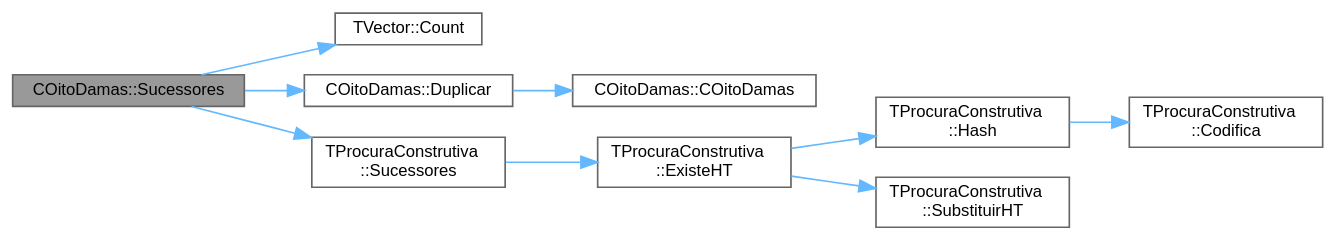
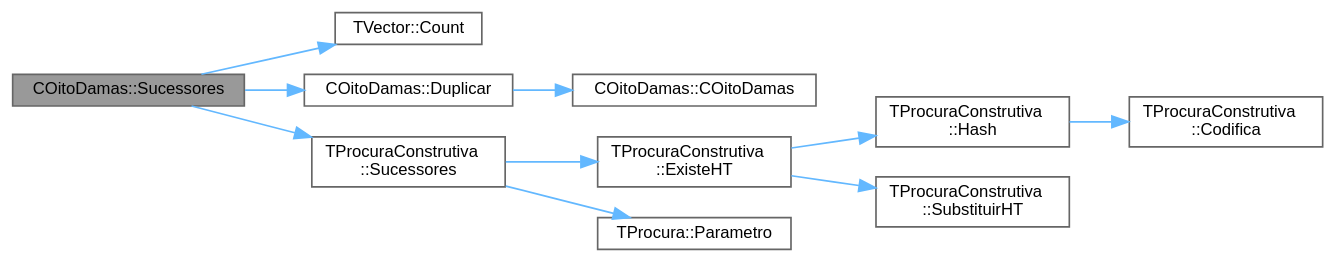
One commit to jcoelho72/TProcura changed the diagram in classCOitoDamas_ab384df7572c5a6e34ffe28b346aaf517_cgraph.dot. Above: the diagram before and after it, drawn with Graphviz. The commit also changed 84 other files, not shown here.

```diff
--- a/classCOitoDamas_ab384df7572c5a6e34ffe28b346aaf517_cgraph.dot
+++ b/classCOitoDamas_ab384df7572c5a6e34ffe28b346aaf517_cgraph.dot
@@ -1,25 +1,27 @@
 digraph "COitoDamas::Sucessores"
 {
  // LATEX_PDF_SIZE
   bgcolor="transparent";
   edge [fontname=Helvetica,fontsize=10,labelfontname=Helvetica,labelfontsize=10];
   node [fontname=Helvetica,fontsize=10,shape=box,height=0.2,width=0.4];
   rankdir="LR";
   Node1 [id="Node000001",label="COitoDamas::Sucessores",height=0.2,width=0.4,color="gray40", fillcolor="grey60", style="filled", fontcolor="black",tooltip="Coloca em sucessores a lista de estados sucessores."];
-  Node1 -> Node2 [id="edge9_Node000001_Node000002",color="steelblue1",style="solid",tooltip=" "];
+  Node1 -> Node2 [id="edge10_Node000001_Node000002",color="steelblue1",style="solid",tooltip=" "];
   Node2 [id="Node000002",label="TVector::Count",height=0.2,width=0.4,color="grey40", fillcolor="white", style="filled",URL="$classTVector.html#ac3c744d84543ca6e32859eb7dfccfeef",tooltip=" "];
-  Node1 -> Node3 [id="edge10_Node000001_Node000003",color="steelblue1",style="solid",tooltip=" "];
+  Node1 -> Node3 [id="edge11_Node000001_Node000003",color="steelblue1",style="solid",tooltip=" "];
   Node3 [id="Node000003",label="COitoDamas::Duplicar",height=0.2,width=0.4,color="grey40", fillcolor="white", style="filled",URL="$classCOitoDamas.html#ad9ce9bd26af98392515937e9aff10e5a",tooltip="Cria um objecto que é uma cópia deste."];
-  Node3 -> Node4 [id="edge11_Node000003_Node000004",color="steelblue1",style="solid",tooltip=" "];
+  Node3 -> Node4 [id="edge12_Node000003_Node000004",color="steelblue1",style="solid",tooltip=" "];
   Node4 [id="Node000004",label="COitoDamas::COitoDamas",height=0.2,width=0.4,color="grey40", fillcolor="white", style="filled",URL="$classCOitoDamas.html#aedfd3924d0c950ba73a6342dda5cc467",tooltip=" "];
-  Node1 -> Node5 [id="edge12_Node000001_Node000005",color="steelblue1",style="solid",tooltip=" "];
+  Node1 -> Node5 [id="edge13_Node000001_Node000005",color="steelblue1",style="solid",tooltip=" "];
   Node5 [id="Node000005",label="TProcuraConstrutiva\l::Sucessores",height=0.2,width=0.4,color="grey40", fillcolor="white", style="filled",URL="$group__RedefinicaoMandatoria.html#ga0a13570d2f5a21296e3c10c2780e170c",tooltip="Coloca em sucessores a lista de estados sucessores."];
-  Node5 -> Node6 [id="edge13_Node000005_Node000006",color="steelblue1",style="solid",tooltip=" "];
+  Node5 -> Node6 [id="edge14_Node000005_Node000006",color="steelblue1",style="solid",tooltip=" "];
   Node6 [id="Node000006",label="TProcuraConstrutiva\l::ExisteHT",height=0.2,width=0.4,color="grey40", fillcolor="white", style="filled",URL="$classTProcuraConstrutiva.html#ad7857beab462b4b09a37e70cc9c787ac",tooltip=" "];
-  Node6 -> Node7 [id="edge14_Node000006_Node000007",color="steelblue1",style="solid",tooltip=" "];
+  Node6 -> Node7 [id="edge15_Node000006_Node000007",color="steelblue1",style="solid",tooltip=" "];
   Node7 [id="Node000007",label="TProcuraConstrutiva\l::Hash",height=0.2,width=0.4,color="grey40", fillcolor="white", style="filled",URL="$classTProcuraConstrutiva.html#a70375188a6ee7775bc842a3e64f8e35c",tooltip=" "];
-  Node7 -> Node8 [id="edge15_Node000007_Node000008",color="steelblue1",style="solid",tooltip=" "];
+  Node7 -> Node8 [id="edge16_Node000007_Node000008",color="steelblue1",style="solid",tooltip=" "];
   Node8 [id="Node000008",label="TProcuraConstrutiva\l::Codifica",height=0.2,width=0.4,color="grey40", fillcolor="white", style="filled",URL="$group__RedefinicaoSugerida.html#ga5ff46e85c8f1394c2502f17025284c11",tooltip="Codifica o estado para um vetor de inteiros de 64 bits."];
-  Node6 -> Node9 [id="edge16_Node000006_Node000009",color="steelblue1",style="solid",tooltip=" "];
+  Node6 -> Node9 [id="edge17_Node000006_Node000009",color="steelblue1",style="solid",tooltip=" "];
   Node9 [id="Node000009",label="TProcuraConstrutiva\l::SubstituirHT",height=0.2,width=0.4,color="grey40", fillcolor="white", style="filled",URL="$classTProcuraConstrutiva.html#a99b7a74f16f5a1b63b12bf629b902057",tooltip=" "];
+  Node5 -> Node10 [id="edge18_Node000005_Node000010",color="steelblue1",style="solid",tooltip=" "];
+  Node10 [id="Node000010",label="TProcura::Parametro",height=0.2,width=0.4,color="grey40", fillcolor="white", style="filled",URL="$classTProcura.html#aea8aa78e35d28d0beb438e24fc7ee086",tooltip=" "];
 }
```
